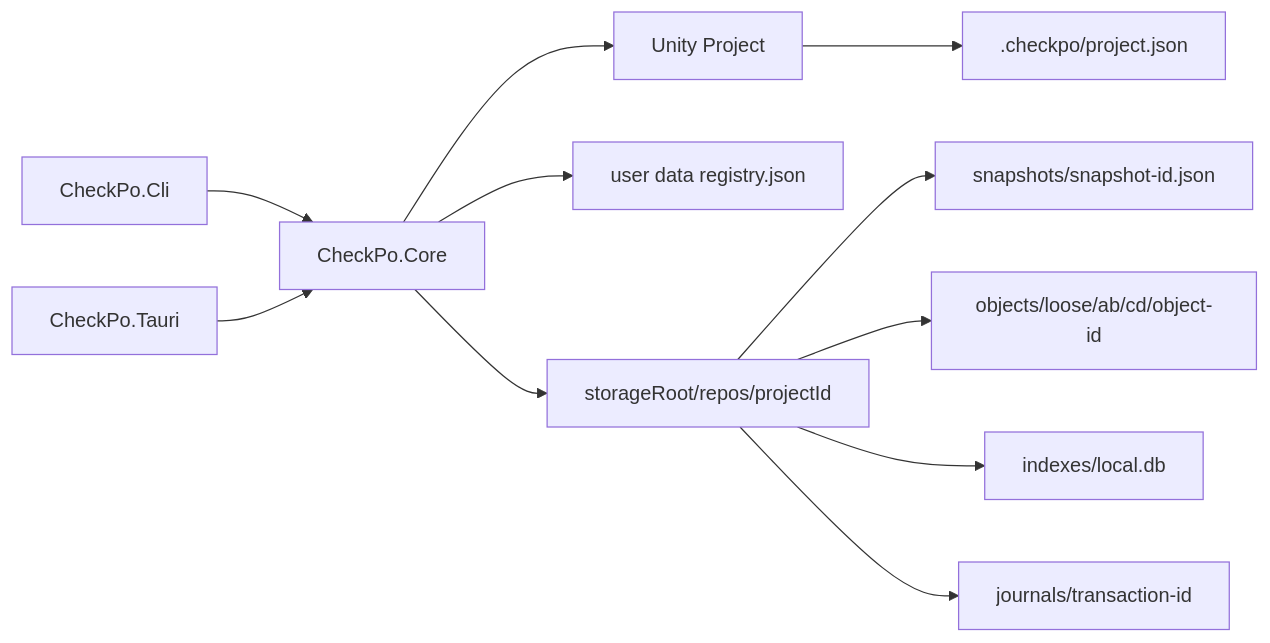
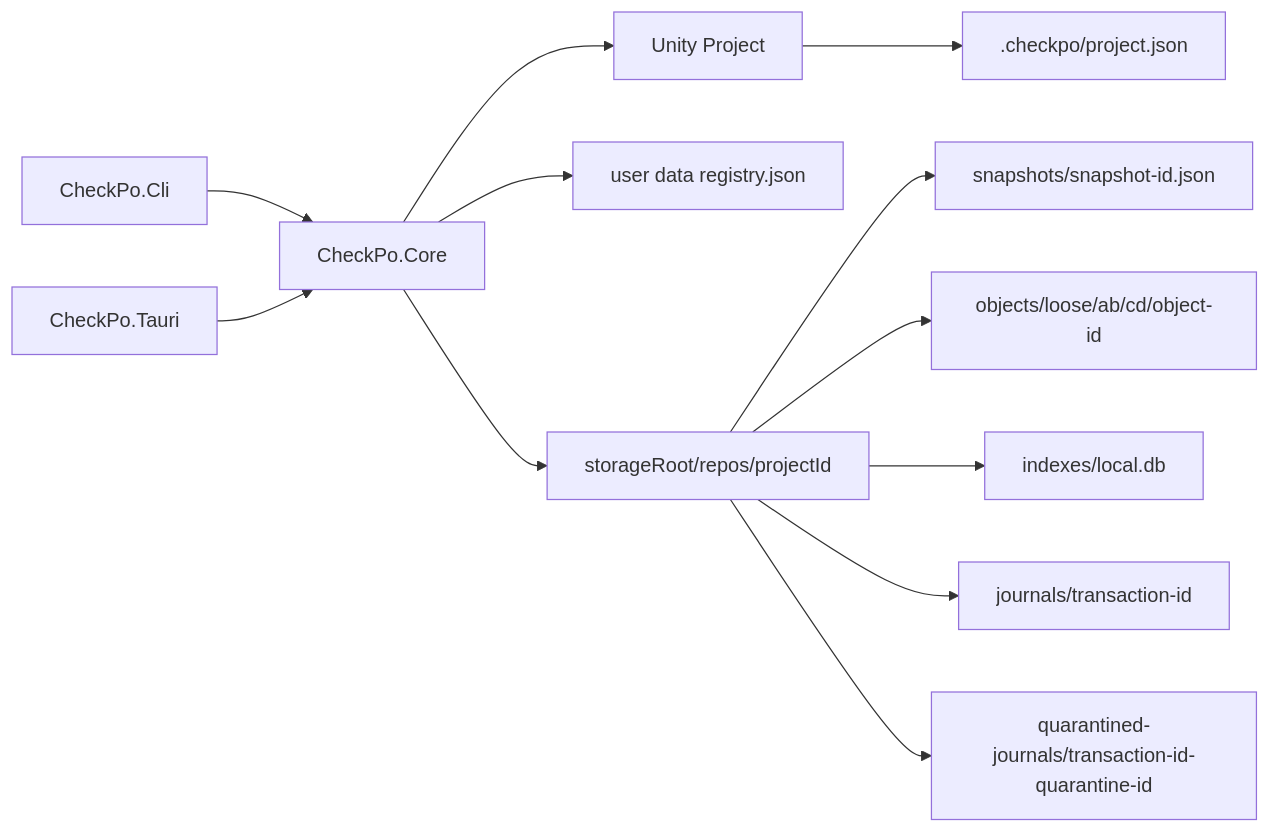
One commit to 0suu/CheckPo changed the diagram in アーキテクチャ.md. Above: the diagram before and after it, drawn with Mermaid. The commit also changed other lines of this file and 39 other files, not shown here.

````diff
--- a/アーキテクチャ.md
+++ b/アーキテクチャ.md
@@ -11,13 +11,14 @@
 ```mermaid
 flowchart LR
     CLI["CheckPo.Cli"] --> Core["CheckPo.Core"]
     Tauri["CheckPo.Tauri"] --> Core
     Core --> Project["Unity Project"]
     Project --> Marker[".checkpo/project.json"]
     Core --> Registry["user data registry.json"]
     Core --> Repo["storageRoot/repos/projectId"]
     Repo --> Snapshots["snapshots/snapshot-id.json"]
     Repo --> Objects["objects/loose/ab/cd/object-id"]
     Repo --> DB["indexes/local.db"]
     Repo --> Journals["journals/transaction-id"]
+    Repo --> Quarantined["quarantined-journals/transaction-id-quarantine-id"]
 ```
````
